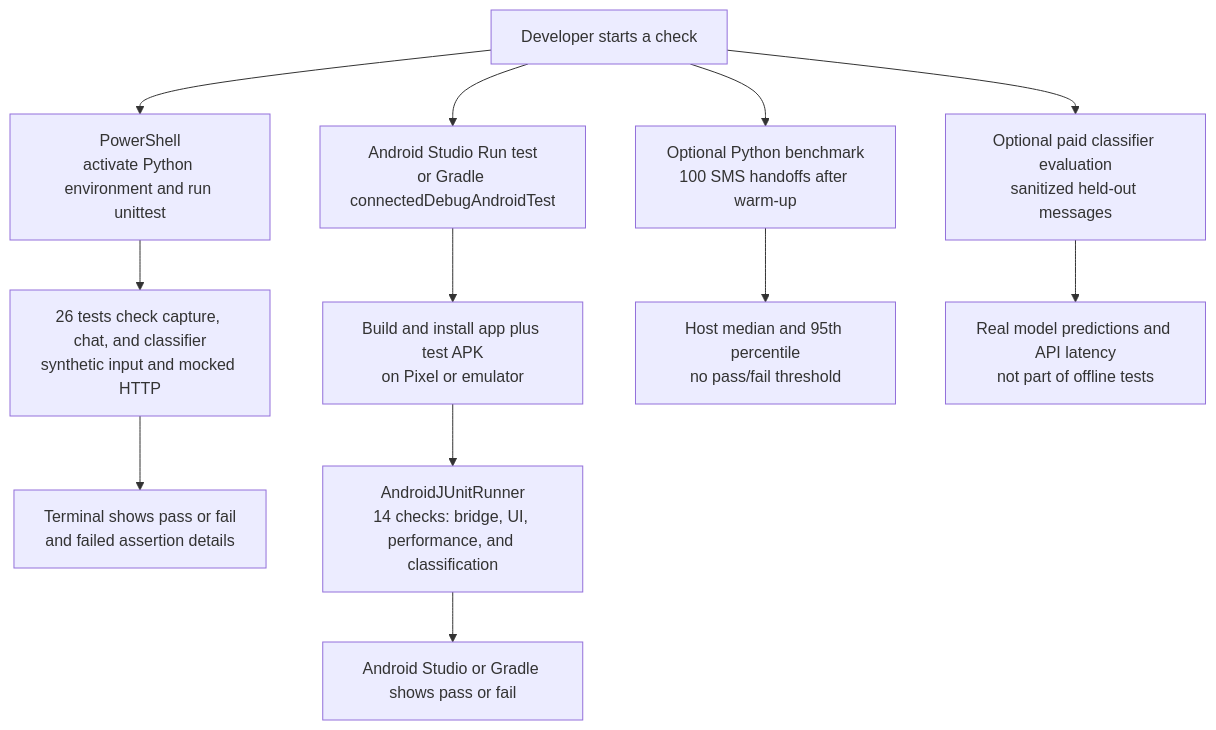
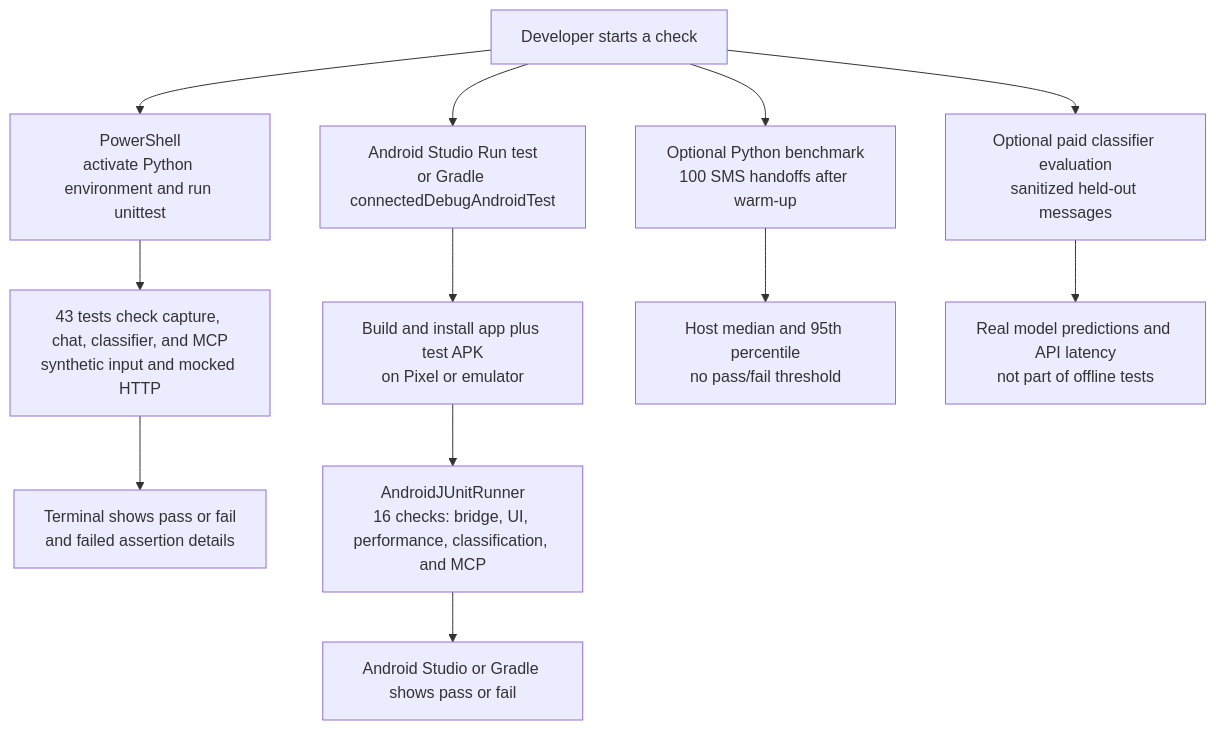
Before and after one commit to Abijith97/expense-tracker-with-mcp: the second of 3 diagrams in README.md, drawn with Mermaid. The commit also changed other lines of this file and 29 other files, not shown here.

````diff
--- a/README.md
+++ b/README.md
@@ -76,17 +98,17 @@
 ```mermaid
 flowchart TB
     Developer[Developer starts a check]
     Developer --> Shell[PowerShell<br/>activate Python environment and run unittest]
-    Shell --> UnitTests[26 tests check capture, chat, and classifier<br/>synthetic input and mocked HTTP]
+    Shell --> UnitTests[43 tests check capture, chat, classifier, and MCP<br/>synthetic input and mocked HTTP]
     UnitTests --> Terminal[Terminal shows pass or fail<br/>and failed assertion details]
 
     Developer --> Studio[Android Studio Run test<br/>or Gradle connectedDebugAndroidTest]
     Studio --> Install[Build and install app plus test APK<br/>on Pixel or emulator]
-    Install --> Runner[AndroidJUnitRunner<br/>14 checks: bridge, UI, performance, and classification]
+    Install --> Runner[AndroidJUnitRunner<br/>16 checks: bridge, UI, performance, classification, and MCP]
     Runner --> Results[Android Studio or Gradle shows pass or fail]
 
     Developer --> Benchmark[Optional Python benchmark<br/>100 SMS handoffs after warm-up]
     Benchmark --> Timing[Host median and 95th percentile<br/>no pass/fail threshold]
     Developer --> LiveEval[Optional paid classifier evaluation<br/>sanitized held-out messages]
     LiveEval --> Accuracy[Real model predictions and API latency<br/>not part of offline tests]
 ```
````
